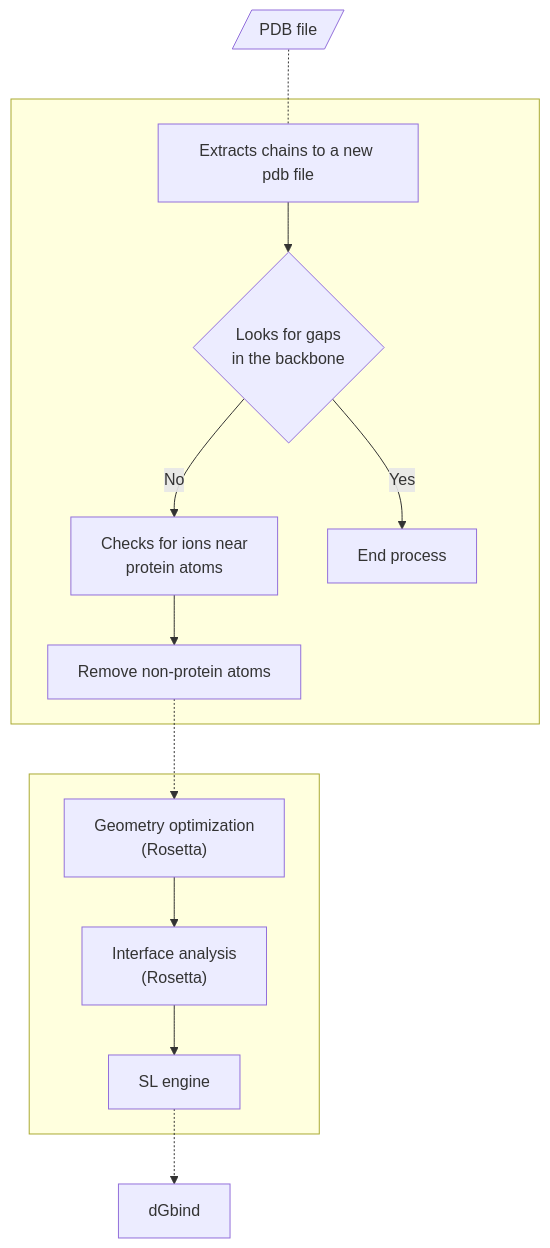
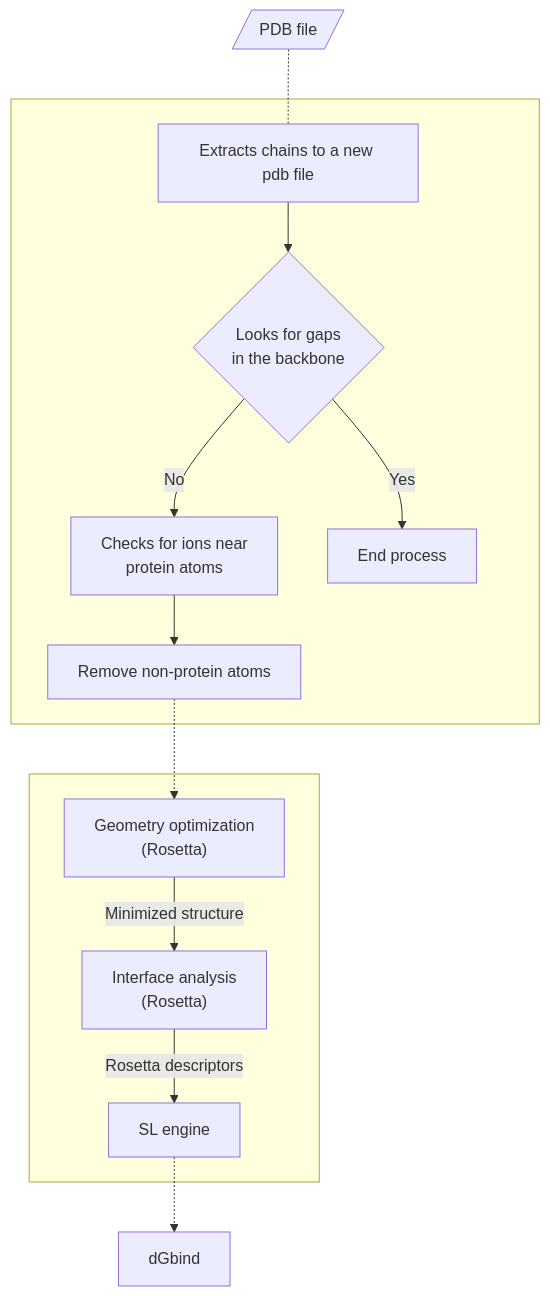
One commit to eltonjfc/pbee changed the diagram in README.md. Above: the diagram before and after it, drawn with Mermaid. The commit also changed other lines of this file, not shown here.

````diff
--- a/README.md
+++ b/README.md
@@ -6,28 +7,28 @@
 ```mermaid
 flowchart TB
 	pdb[/PDB file/] 
 	step1[Extracts chains to a new pdb file] 
 	step2{Looks for gaps \n in the backbone}
 	step3[Checks for ions near \n protein atoms] 
 	step4[Remove non-protein atoms] 
 	step5["Geometry optimization \n (Rosetta)"] 
 	step6["Interface analysis \n (Rosetta)"] 
 	step7[SL engine]
 	result[dGbind]
 	ends[End process]
 	
 	subgraph B[ ]
-	step5 --> step6 --> step7
+	step5 --> |Minimized structure| step6 --> |Rosetta descriptors| step7
 	end 
 	
 	subgraph A[ ]
 	step1 --> step2
 	step2 --> |Yes| ends
 	step2 --> |No| step3
 	step3 --> step4
 	end 
 	
 	pdb -.- step1
 	step4 -.-> step5
 	step7 -.-> result
 ``` 
````
